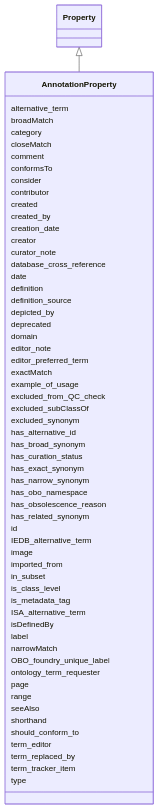
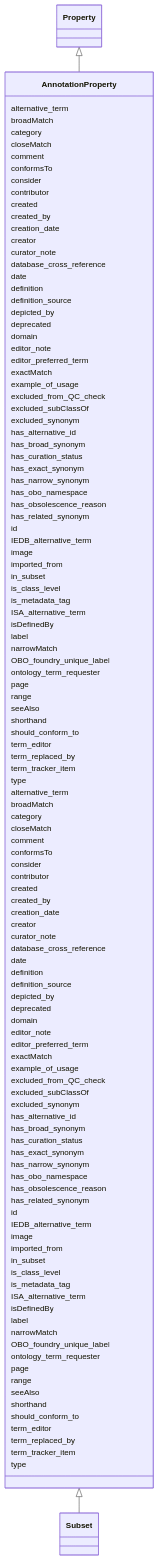
The diagram in ontology-metadata/AnnotationProperty.md (INCATools/ontology-access-kit), drawn with Mermaid before and after one commit. The commit also changed other lines of this file and 245 other files, not shown here.

````diff
--- a/ontology-metadata/AnnotationProperty.md
+++ b/ontology-metadata/AnnotationProperty.md
@@ -13,5 +13,6 @@
 ```{mermaid}
  classDiagram
+    class AnnotationProperty
       Property <|-- AnnotationProperty
       
       AnnotationProperty : alternative_term
@@ -73,4 +74,64 @@
       AnnotationProperty : type
       
 
+      AnnotationProperty <|-- Subset
+      
+      AnnotationProperty : alternative_term
+      AnnotationProperty : broadMatch
+      AnnotationProperty : category
+      AnnotationProperty : closeMatch
+      AnnotationProperty : comment
+      AnnotationProperty : conformsTo
+      AnnotationProperty : consider
+      AnnotationProperty : contributor
+      AnnotationProperty : created
+      AnnotationProperty : created_by
+      AnnotationProperty : creation_date
+      AnnotationProperty : creator
+      AnnotationProperty : curator_note
+      AnnotationProperty : database_cross_reference
+      AnnotationProperty : date
+      AnnotationProperty : definition
+      AnnotationProperty : definition_source
+      AnnotationProperty : depicted_by
+      AnnotationProperty : deprecated
+      AnnotationProperty : domain
+      AnnotationProperty : editor_note
+      AnnotationProperty : editor_preferred_term
+      AnnotationProperty : exactMatch
+      AnnotationProperty : example_of_usage
+      AnnotationProperty : excluded_from_QC_check
+      AnnotationProperty : excluded_subClassOf
+      AnnotationProperty : excluded_synonym
+      AnnotationProperty : has_alternative_id
+      AnnotationProperty : has_broad_synonym
+      AnnotationProperty : has_curation_status
+      AnnotationProperty : has_exact_synonym
+      AnnotationProperty : has_narrow_synonym
+      AnnotationProperty : has_obo_namespace
+      AnnotationProperty : has_obsolescence_reason
+      AnnotationProperty : has_related_synonym
+      AnnotationProperty : id
+      AnnotationProperty : IEDB_alternative_term
+      AnnotationProperty : image
+      AnnotationProperty : imported_from
+      AnnotationProperty : in_subset
+      AnnotationProperty : is_class_level
+      AnnotationProperty : is_metadata_tag
+      AnnotationProperty : ISA_alternative_term
+      AnnotationProperty : isDefinedBy
+      AnnotationProperty : label
+      AnnotationProperty : narrowMatch
+      AnnotationProperty : OBO_foundry_unique_label
+      AnnotationProperty : ontology_term_requester
+      AnnotationProperty : page
+      AnnotationProperty : range
+      AnnotationProperty : seeAlso
+      AnnotationProperty : shorthand
+      AnnotationProperty : should_conform_to
+      AnnotationProperty : term_editor
+      AnnotationProperty : term_replaced_by
+      AnnotationProperty : term_tracker_item
+      AnnotationProperty : type
+      
 ```
````
